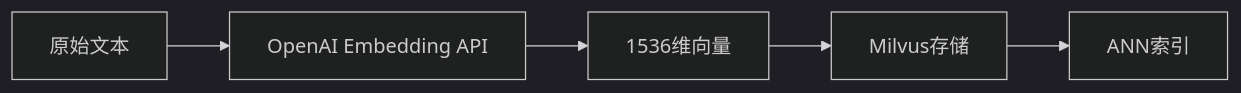
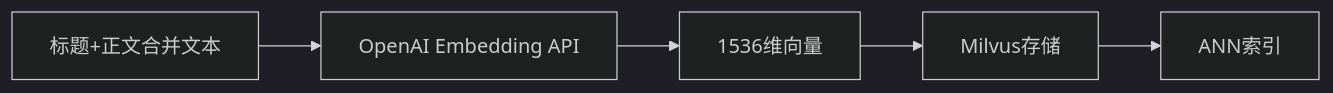
One commit to xiaowuzicode/Loomi-Lab changed the first of 2 diagrams in XIAOHONGSHU_VECTOR_KB.md. Above: the diagram before and after it, drawn with Mermaid (dark theme). The commit also changed other lines of this file and 10 other files, not shown here.

````diff
--- a/XIAOHONGSHU_VECTOR_KB.md
+++ b/XIAOHONGSHU_VECTOR_KB.md
@@ -126,7 +139,7 @@
 ```mermaid
 graph LR
-    A[原始文本] --> B[OpenAI Embedding API]
+    A[标题+正文合并文本] --> B[OpenAI Embedding API]
     B --> C[1536维向量]
     C --> D[Milvus存储]
     D --> E[ANN索引]
 ```
````
